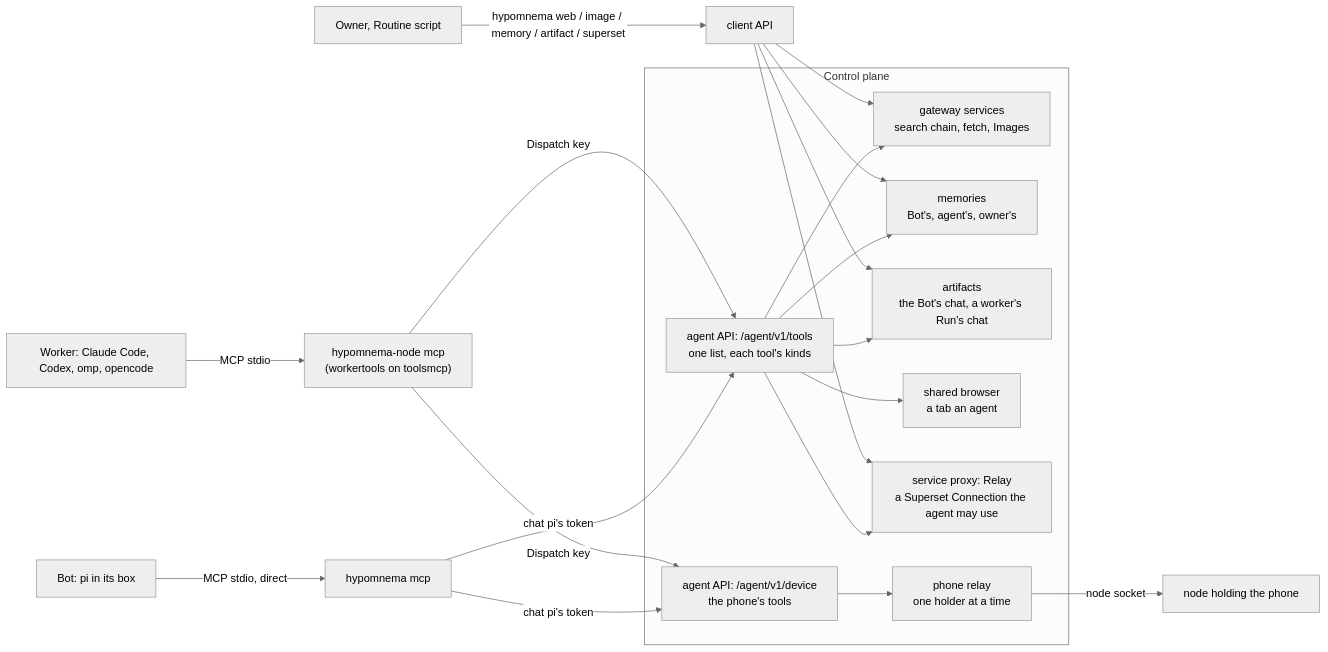
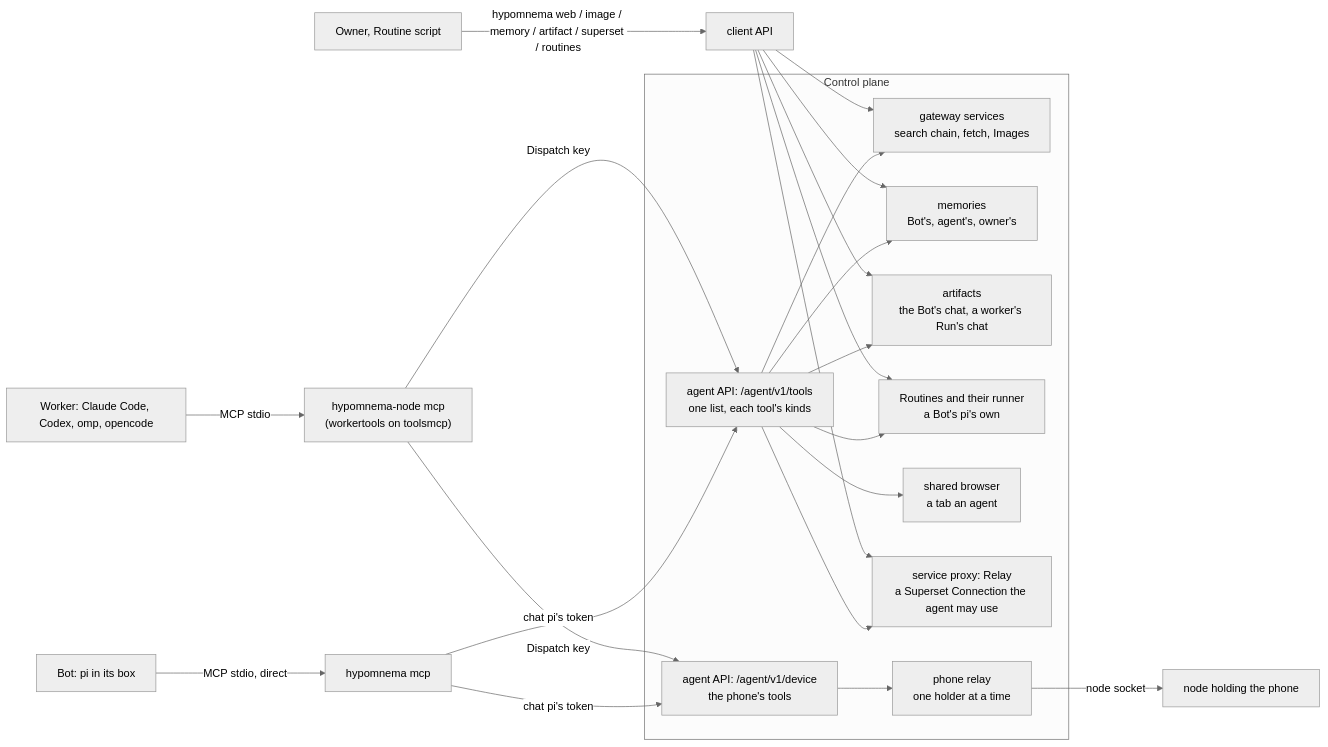
One commit to kl3inIT/hypomnema changed the sixth of 6 diagrams in ARCHITECTURE.md. Above: the diagram before and after it, drawn with Mermaid (neutral theme). The commit also changed other lines of this file and 12 other files, not shown here.

First line of the commit message:
feat(routines): routine tools for Bots (#536)

````diff
--- a/ARCHITECTURE.md
+++ b/ARCHITECTURE.md
@@ -2543,20 +2547,22 @@
 ```mermaid
 flowchart LR
     subgraph CP["Control plane"]
         L["agent API: /agent/v1/tools<br/>one list, each tool's kinds"] --> G["gateway services<br/>search chain, fetch, Images"]
         L --> M["memories<br/>Bot's, agent's, owner's"]
         L --> A["artifacts<br/>the Bot's chat, a worker's Run's chat"]
+        L --> RT["Routines and their runner<br/>a Bot's pi's own"]
         L --> BR["shared browser<br/>a tab an agent"]
         L --> SP["service proxy: Relay<br/>a Superset Connection the agent may use"]
         D["agent API: /agent/v1/device<br/>the phone's tools"] --> PH["phone relay<br/>one holder at a time"]
     end
     PH -- "node socket" --> PN["node holding the phone"]
     P["Bot: pi in its box"] -- "MCP stdio, direct" --> B["hypomnema mcp"] -- "chat pi's token" --> L
     B -- "chat pi's token" --> D
     W["Worker: Claude Code, Codex, omp, opencode"] -- "MCP stdio" --> N["hypomnema-node mcp<br/>(workertools on toolsmcp)"] -- "Dispatch key" --> L
     N -- "Dispatch key" --> D
-    O["Owner, Routine script"] -- "hypomnema web / image / memory / artifact / superset" --> C["client API"] --> G
+    O["Owner, Routine script"] -- "hypomnema web / image / memory / artifact / superset / routines" --> C["client API"] --> G
     C --> M
     C --> A
     C --> SP
+    C --> RT
 ```
````
